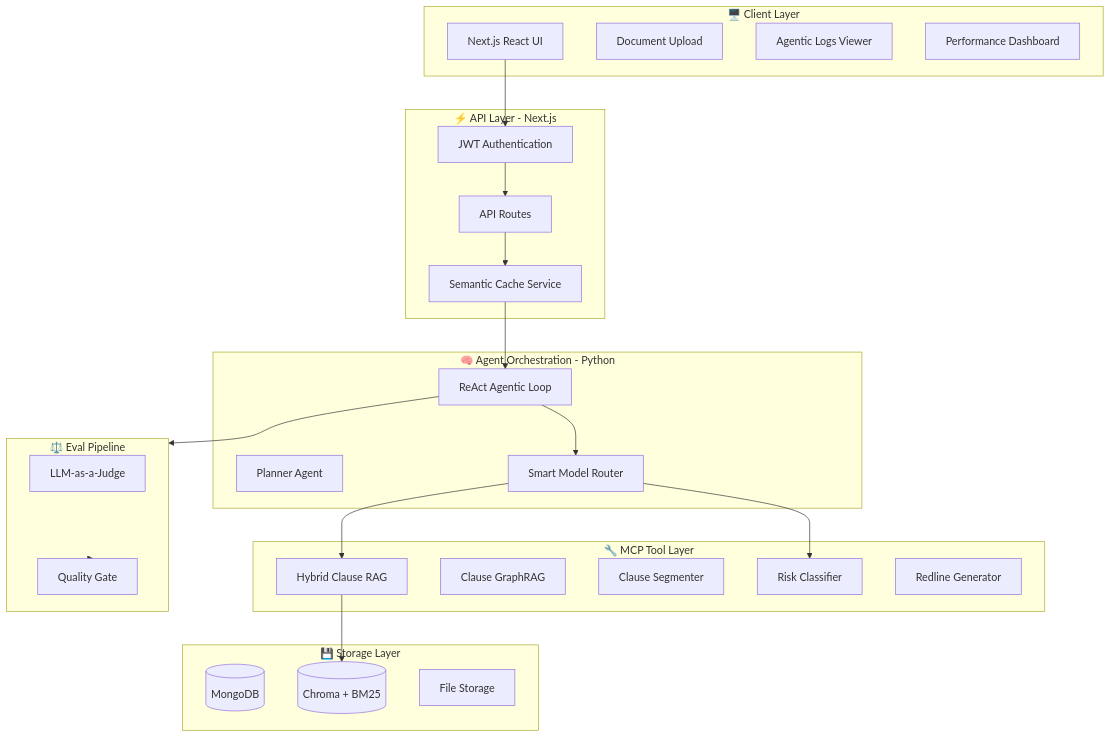
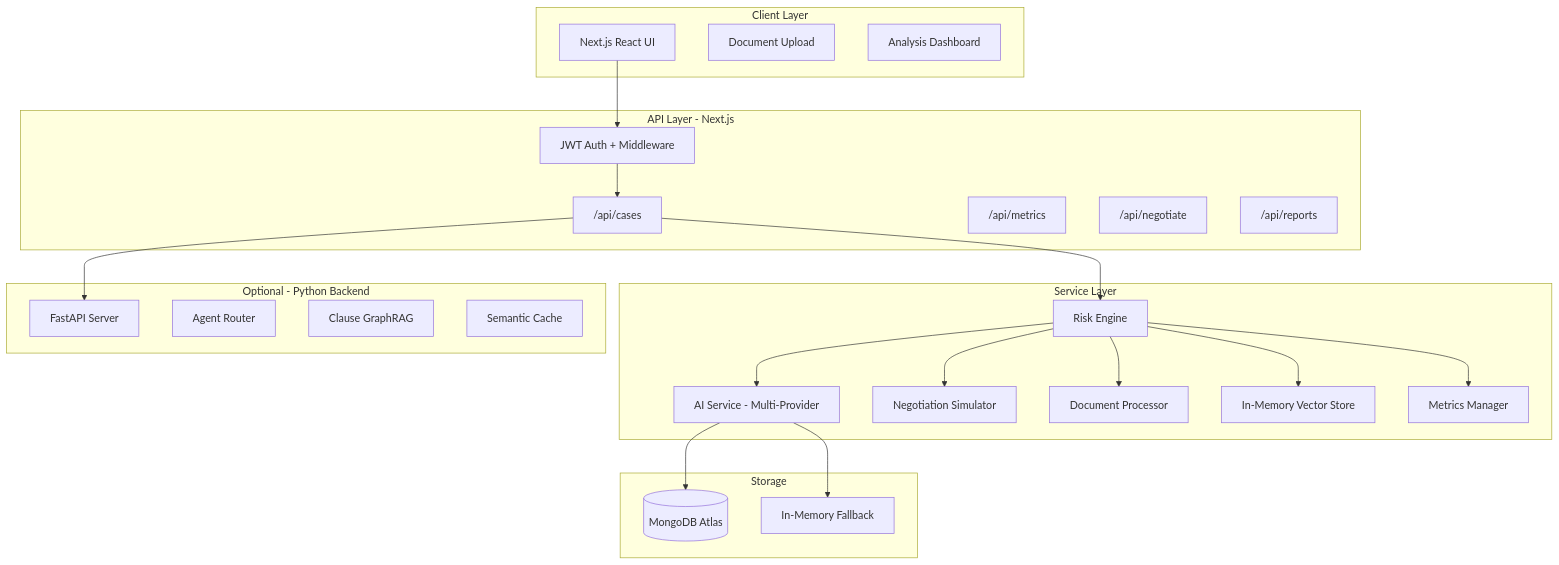
The diagram in README.md (MANASMATHUR/DocuIntel), drawn with Mermaid before and after one commit. The commit also changed other lines of this file and 8 other files, not shown here.

````diff
--- a/README.md
+++ b/README.md
@@ -40,54 +34,49 @@
 ```mermaid
 flowchart TB
-    subgraph Client["🖥️ Client Layer"]
+    subgraph Client["Client Layer"]
         UI[Next.js React UI]
         Upload[Document Upload]
-        Logs[Agentic Logs Viewer]
-        Metrics[Performance Dashboard]
+        Dashboard[Analysis Dashboard]
     end
 
-    subgraph API["⚡ API Layer - Next.js"]
-        Auth[JWT Authentication]
-        Cache[Semantic Cache Service]
-        Routes[API Routes]
+    subgraph API["API Layer - Next.js"]
+        Auth[JWT Auth + Middleware]
+        CasesAPI["/api/cases"]
+        MetricsAPI["/api/metrics"]
+        NegotiateAPI["/api/negotiate"]
+        ReportsAPI["/api/reports"]
     end
 
-    subgraph Core["🧠 Agent Orchestration - Python"]
-        ReAct[ReAct Agentic Loop]
-        Planner[Planner Agent]
-        Router[Smart Model Router]
+    subgraph Services["Service Layer"]
+        RiskEngine[Risk Engine]
+        AIService[AI Service - Multi-Provider]
+        NegSim[Negotiation Simulator]
+        DocProcessor[Document Processor]
+        RAG[In-Memory Vector Store]
+        MetricsManager[Metrics Manager]
     end
 
-    subgraph MCP["🔧 MCP Tool Layer"]
-        HybridRAG[Hybrid Clause RAG]
-        GraphRAG[Clause GraphRAG]
-        Segmenter[Clause Segmenter]
-        RiskClassifier[Risk Classifier]
-        RedlineGen[Redline Generator]
+    subgraph Storage["Storage"]
+        MongoDB[(MongoDB Atlas)]
+        InMemory[In-Memory Fallback]
     end
 
-    subgraph Evaluation["⚖️ Eval Pipeline"]
-        Ragas[LLM-as-a-Judge]
-        Judge[Quality Gate]
-    end
-
-    subgraph Storage["💾 Storage Layer"]
-        MongoDB[(MongoDB)]
-        ChromaDB[(Chroma + BM25)]
-        FileStore[File Storage]
+    subgraph Optional["Optional - Python Backend"]
+        FastAPI[FastAPI Server]
+        AgentRouter[Agent Router]
+        ClauseGraph[Clause GraphRAG]
+        SemanticCache[Semantic Cache]
     end
 
     UI --> Auth
-    Auth --> Routes
-    Routes --> Cache
-    Cache --> ReAct
-    
-    ReAct --> Router
-    Router --> HybridRAG
-    Router --> RiskClassifier
-    
-    HybridRAG --> ChromaDB
-    
-    ReAct --> Evaluation
-    Evaluation --> Judge
+    Auth --> CasesAPI
+    CasesAPI --> RiskEngine
+    RiskEngine --> DocProcessor
+    RiskEngine --> AIService
+    RiskEngine --> NegSim
+    RiskEngine --> RAG
+    RiskEngine --> MetricsManager
+    AIService --> MongoDB
+    AIService --> InMemory
+    CasesAPI --> FastAPI
 ```
````
